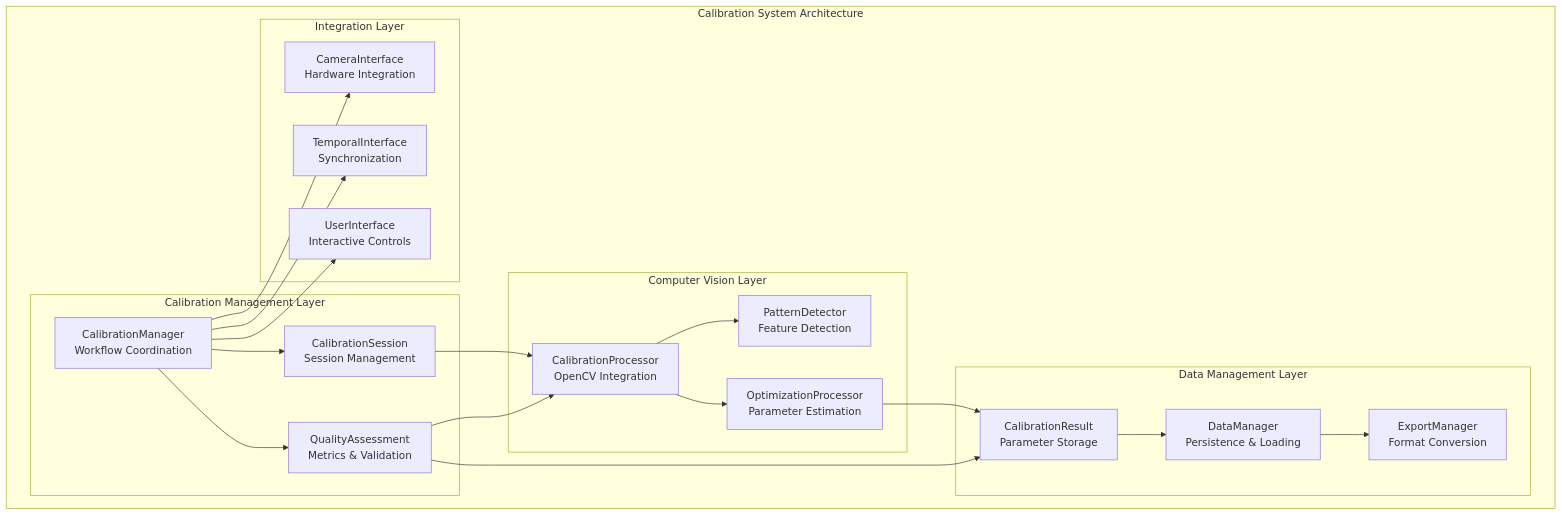
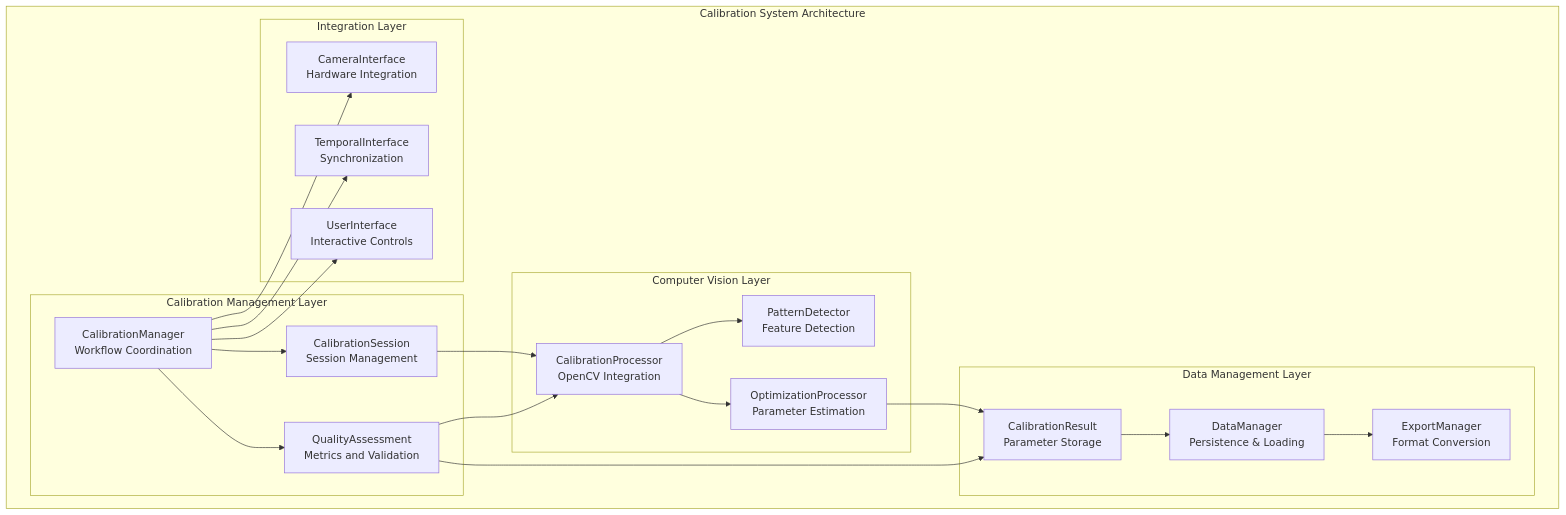
Before and after one commit to buccancs/fyp-multi-sensor-recording-system: the diagram in docs/calibration_system_readme.md, drawn with Mermaid. The commit also changed 61 other files, not shown here.

````diff
--- a/docs/calibration_system_readme.md
+++ b/docs/calibration_system_readme.md
@@ -61,45 +61,45 @@
 ```mermaid
 graph TB
     subgraph "Calibration System Architecture"
         subgraph "Calibration Management Layer"
             CM[CalibrationManager<br/>Workflow Coordination]
             CS[CalibrationSession<br/>Session Management]
-            QA[QualityAssessment<br/>Metrics & Validation]
+            QA[QualityAssessment<br/>Metrics and Validation]
         end
         
         subgraph "Computer Vision Layer"
             CP[CalibrationProcessor<br/>OpenCV Integration]
             PD[PatternDetector<br/>Feature Detection]
             OP[OptimizationProcessor<br/>Parameter Estimation]
         end
         
         subgraph "Data Management Layer"
             CR[CalibrationResult<br/>Parameter Storage]
             DM[DataManager<br/>Persistence & Loading]
             EM[ExportManager<br/>Format Conversion]
         end
         
         subgraph "Integration Layer"
             CI[CameraInterface<br/>Hardware Integration]
             TI[TemporalInterface<br/>Synchronization]
             UI[UserInterface<br/>Interactive Controls]
         end
     end
     
     CM --> CS
     CM --> QA
     CS --> CP
     CP --> PD
     CP --> OP
     
     OP --> CR
     CR --> DM
     DM --> EM
     
     CM --> CI
     CM --> TI
     CM --> UI
     
     QA --> CP
     QA --> CR
 ```
````
